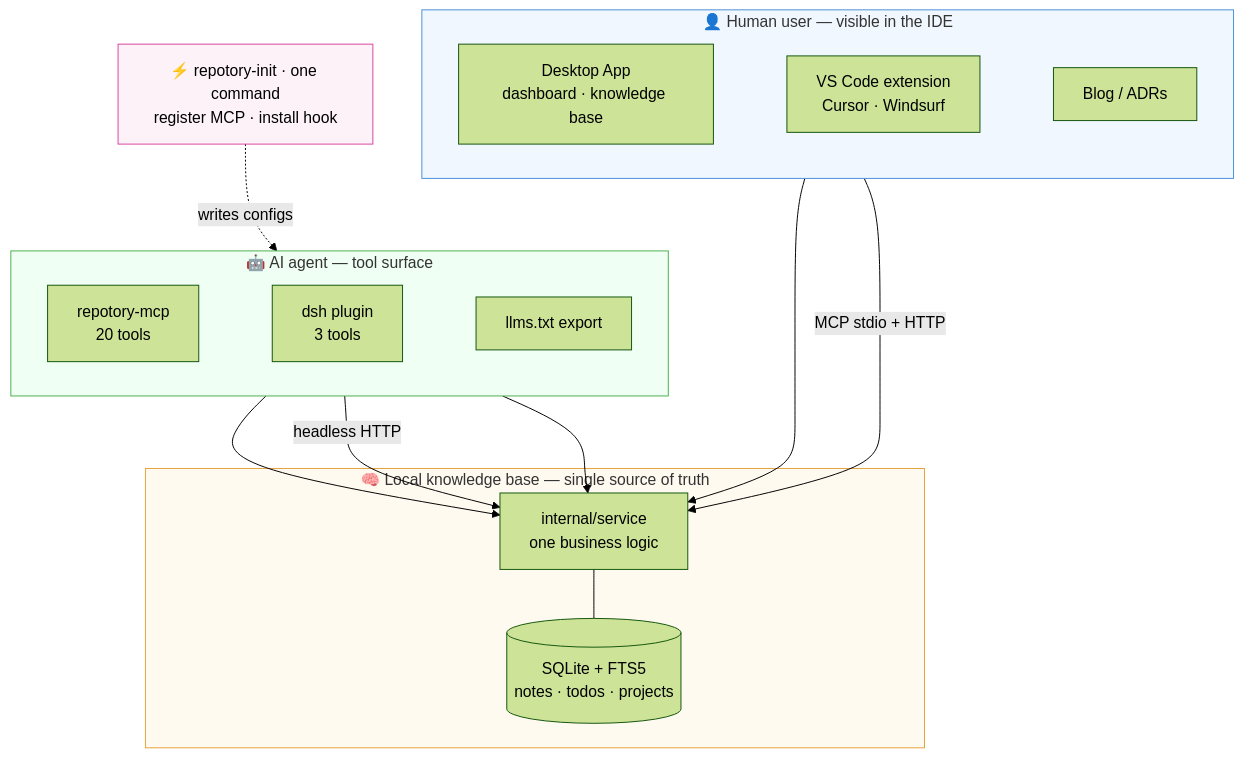
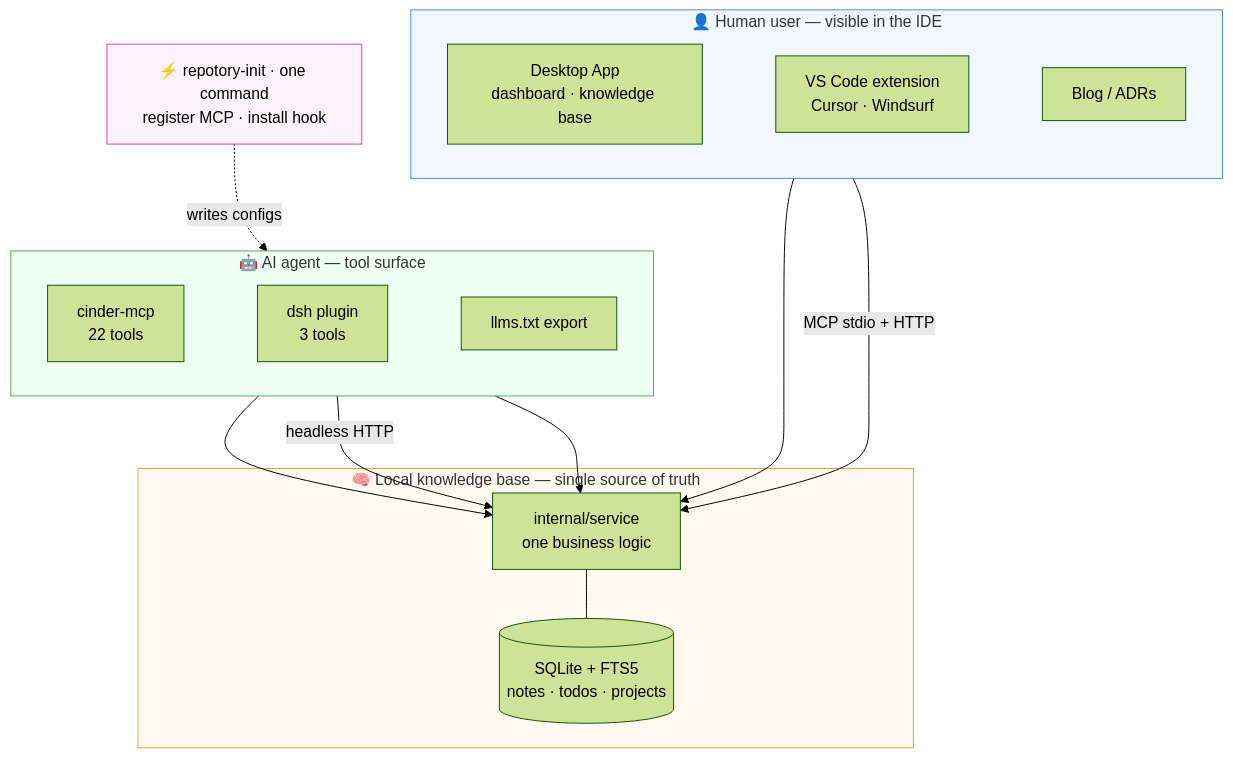
One commit to sky-jiangcheng/cinder changed the third of 3 diagrams in docs/en/index.md. Above: the diagram before and after it, drawn with Mermaid (forest theme). The commit also changed other lines of this file and 118 other files, not shown here.

````diff
--- a/docs/en/index.md
+++ b/docs/en/index.md
@@ -76,37 +76,37 @@
 ```mermaid
 flowchart TB
     subgraph HUMAN["👤 Human user — visible in the IDE"]
         direction LR
         DESKTOP["Desktop App<br/>dashboard · knowledge base"]
         VSCODE["VS Code extension<br/>Cursor · Windsurf"]
         BLOG["Blog / ADRs"]
         DESKTOP ~~~ VSCODE ~~~ BLOG
     end
 
     subgraph AGENT["🤖 AI agent — tool surface"]
         direction LR
-        MCP["repotory-mcp<br/>20 tools"]
+        MCP["cinder-mcp<br/>22 tools"]
         DSH["dsh plugin<br/>3 tools"]
         LLMSTXT["llms.txt export"]
         MCP ~~~ DSH ~~~ LLMSTXT
     end
 
     subgraph CORE["🧠 Local knowledge base — single source of truth"]
         SERVICE["internal/service<br/>one business logic"] --- DB[("SQLite + FTS5<br/>notes · todos · projects")]
     end
 
     HUMAN ~~~ AGENT ~~~ CORE
     DESKTOP --> SERVICE
     VSCODE -->|"MCP stdio + HTTP"| SERVICE
     MCP --> SERVICE
     DSH -->|"headless HTTP"| SERVICE
     LLMSTXT --> SERVICE
 
     INIT["⚡ repotory-init · one command<br/>register MCP · install hook"]
     INIT -.->|"writes configs"| MCP
 
     style HUMAN fill:#f0f7ff,stroke:#4a90d9
     style AGENT fill:#f0fff4,stroke:#4caf50
     style CORE fill:#fffaf0,stroke:#e6a23c
     style INIT fill:#fdf2f8,stroke:#d946a0
 ```
````
